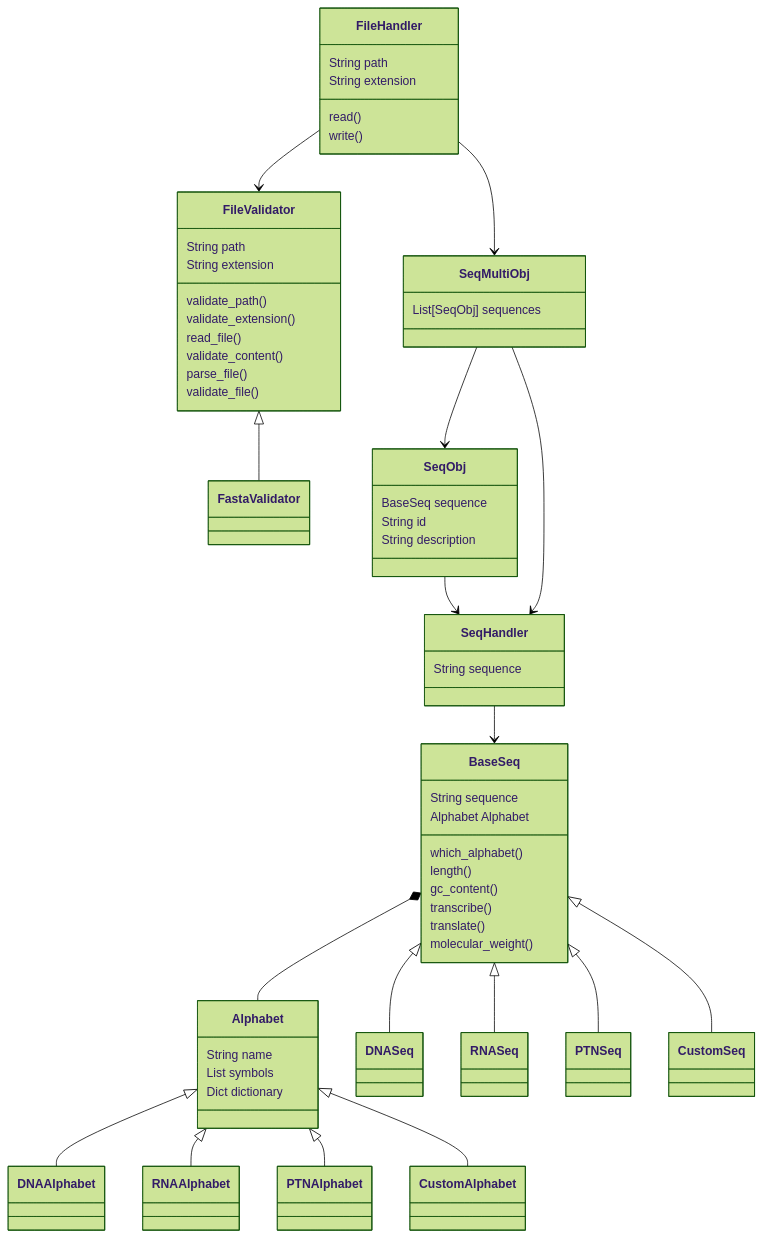
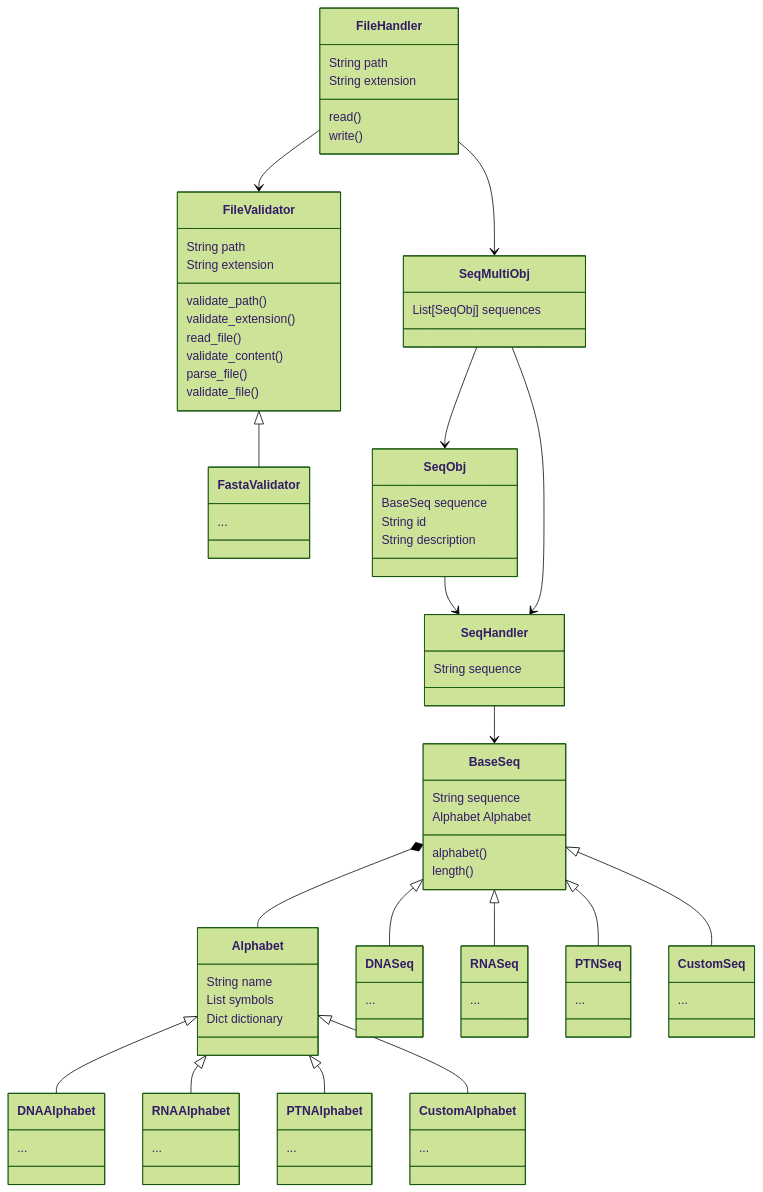
Before and after one commit to lorranavf/pyladies_bioinfo_projetc_v1: the diagram in docs/class.md, drawn with Mermaid (forest theme). The commit also changed 2 other files, not shown here.

```diff
--- a/docs/class.md
+++ b/docs/class.md
@@ -10,32 +10,28 @@
         Dict dictionary
     }
 
-    class DNAAlphabet{}
+    class DNAAlphabet{...}
 
-    class RNAAlphabet{}
+    class RNAAlphabet{...}
 
-    class PTNAlphabet{}
+    class PTNAlphabet{...}
 
-    class CustomAlphabet{}
+    class CustomAlphabet{...}
 
     class BaseSeq{
         String sequence
         Alphabet Alphabet
-        which_alphabet()
+        alphabet()
         length()
-        gc_content()
-        transcribe()
-        translate()
-        molecular_weight()
     }
 
-    class DNASeq{}
+    class DNASeq{...}
 
-    class RNASeq{}
+    class RNASeq{...}
 
-    class PTNSeq{}
+    class PTNSeq{...}
     
-    class CustomSeq{}
+    class CustomSeq{...}
 
     class SeqHandler{
         String sequence
@@ -69,7 +65,7 @@
         validate_file()
     }
 
-    class FastaValidator{}
+    class FastaValidator{...}
 
     Alphabet <|-- DNAAlphabet
     Alphabet <|-- RNAAlphabet
```
